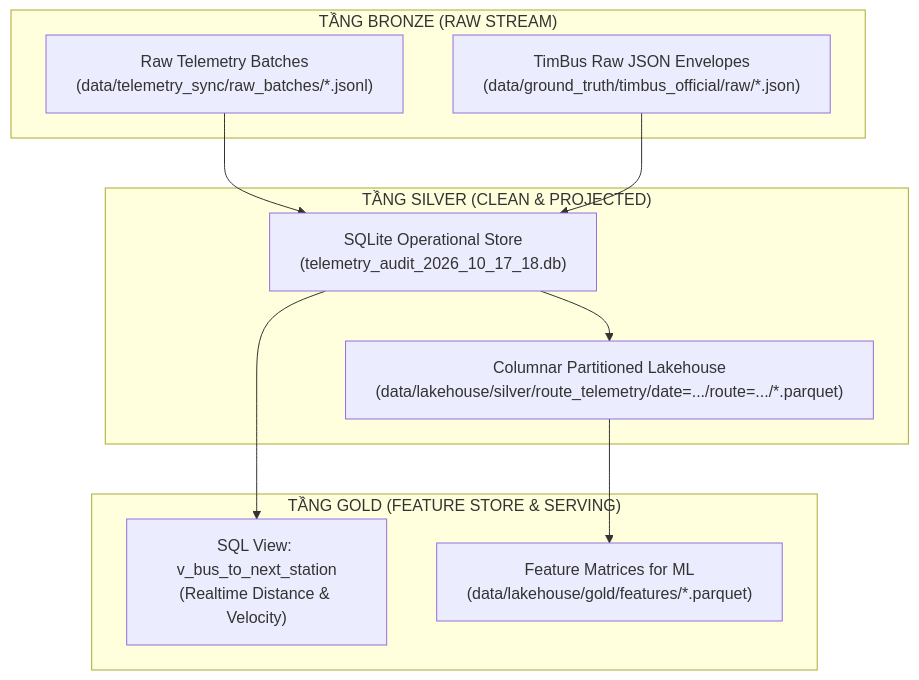
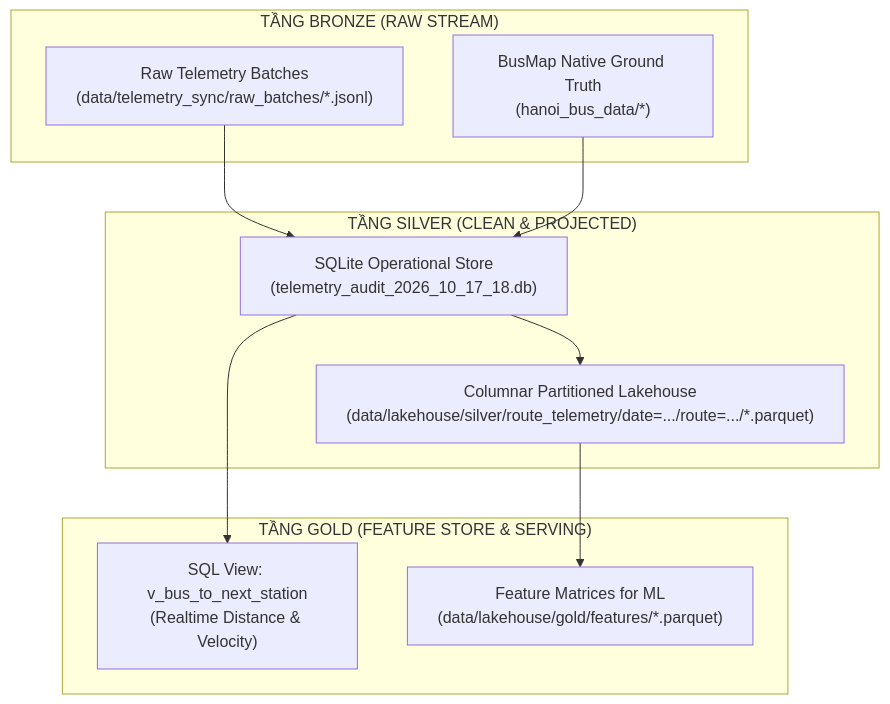
One commit to toibinguz/Bus_tracking changed the diagram in module_2_big_data_storage_and_lakehouse/README.md. Above: the diagram before and after it, drawn with Mermaid. The commit also changed 13 other files, not shown here.

Commit message:
chore: purge all timbus residues and unify on busmap canonical ground truth

````diff
--- a/module_2_big_data_storage_and_lakehouse/README.md
+++ b/module_2_big_data_storage_and_lakehouse/README.md
@@ -24,23 +24,23 @@
 ```mermaid
 flowchart TD
     subgraph BRONZE["TẦNG BRONZE (RAW STREAM)"]
         B1["Raw Telemetry Batches\n(data/telemetry_sync/raw_batches/*.jsonl)"]
-        B2["TimBus Raw JSON Envelopes\n(data/ground_truth/timbus_official/raw/*.json)"]
+        B2["BusMap Native Ground Truth\n(hanoi_bus_data/*)"]
     end
 
     subgraph SILVER["TẦNG SILVER (CLEAN & PROJECTED)"]
         S1["SQLite Operational Store\n(telemetry_audit_2026_10_17_18.db)"]
         S2["Columnar Partitioned Lakehouse\n(data/lakehouse/silver/route_telemetry/date=.../route=.../*.parquet)"]
     end
 
     subgraph GOLD["TẦNG GOLD (FEATURE STORE & SERVING)"]
         G1["SQL View: v_bus_to_next_station\n(Realtime Distance & Velocity)"]
         G2["Feature Matrices for ML\n(data/lakehouse/gold/features/*.parquet)"]
     end
 
     B1 --> S1
     B2 --> S1
     S1 --> S2
     S1 --> G1
     S2 --> G2
 ```
````
